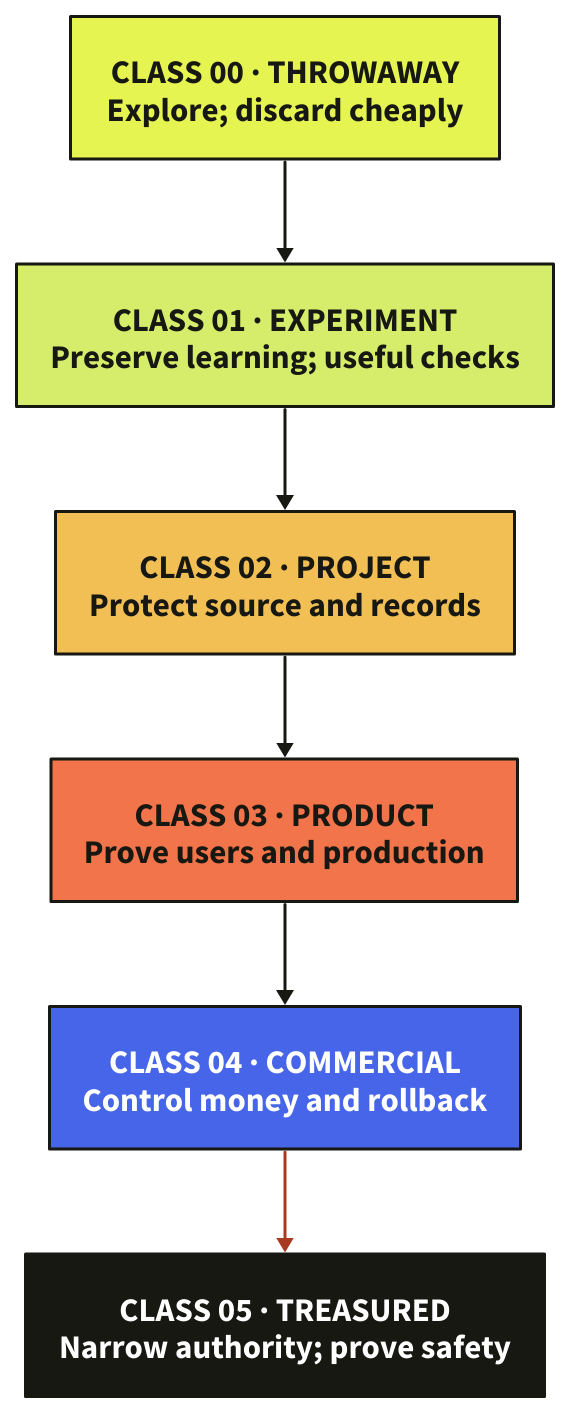
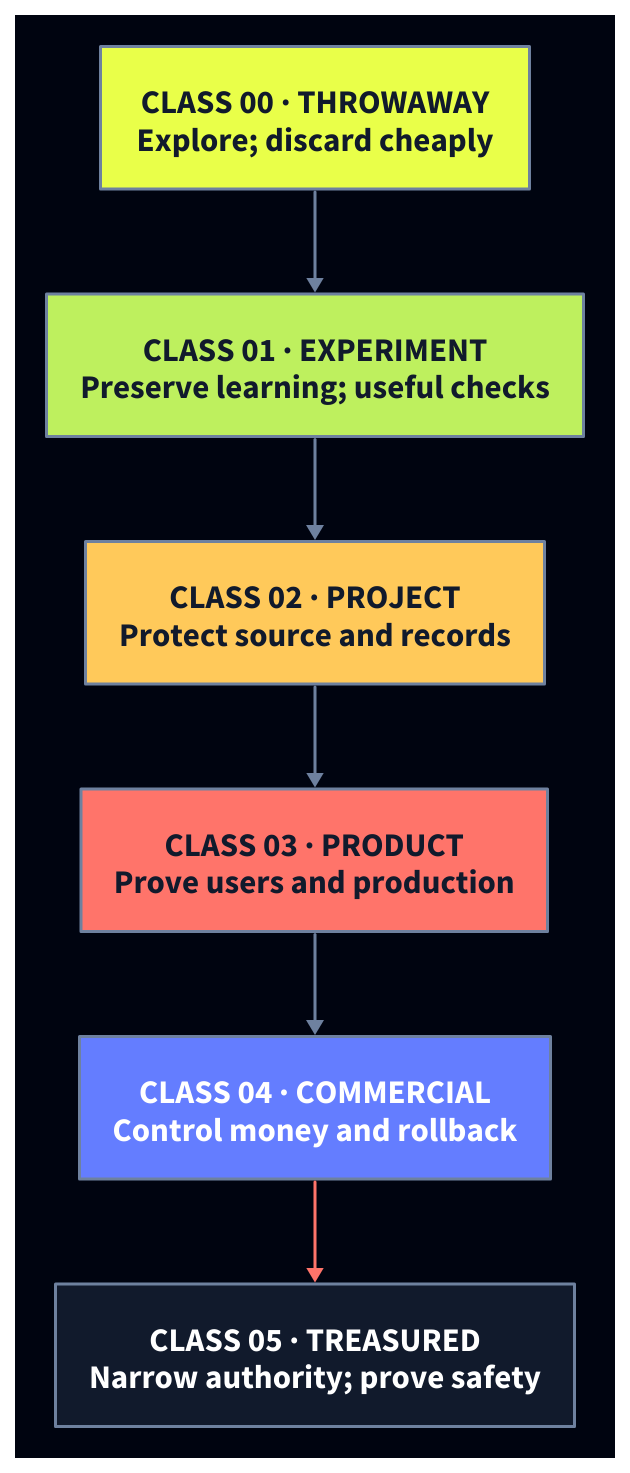
One commit to loftwah/woodhouse-new changed the diagram in public/diagrams/risk-controls-mobile.d2. Above: the diagram before and after it, drawn with D2. The commit also changed 105 other files, not shown here.

```diff
--- a/public/diagrams/risk-controls-mobile.d2
+++ b/public/diagrams/risk-controls-mobile.d2
@@ -1,15 +1,15 @@
 direction: down
-vars: {d2-config: {layout-engine: elk; theme-id: 0}}
+vars: {d2-config: {layout-engine: elk; theme-id: 201}}
 
-c00: "CLASS 00 · THROWAWAY\nExplore; discard cheaply" {style.fill: "#E6F451"; style.stroke: "#171812"; style.stroke-width: 2; style.font-color: "#171812"; style.font-size: 22; style.bold: true}
-c01: "CLASS 01 · EXPERIMENT\nPreserve learning; useful checks" {style.fill: "#D6EC6B"; style.stroke: "#171812"; style.stroke-width: 2; style.font-color: "#171812"; style.font-size: 22; style.bold: true}
-c02: "CLASS 02 · PROJECT\nProtect source and records" {style.fill: "#F1BF54"; style.stroke: "#171812"; style.stroke-width: 2; style.font-color: "#171812"; style.font-size: 22; style.bold: true}
-c03: "CLASS 03 · PRODUCT\nProve users and production" {style.fill: "#F2744A"; style.stroke: "#171812"; style.stroke-width: 2; style.font-color: "#171812"; style.font-size: 22; style.bold: true}
-c04: "CLASS 04 · COMMERCIAL\nControl money and rollback" {style.fill: "#4665E8"; style.stroke: "#171812"; style.stroke-width: 2; style.font-color: "#FFFFFF"; style.font-size: 22; style.bold: true}
-c05: "CLASS 05 · TREASURED\nNarrow authority; prove safety" {style.fill: "#171812"; style.stroke: "#171812"; style.stroke-width: 2; style.font-color: "#FFFFFF"; style.font-size: 22; style.bold: true}
+c00: "CLASS 00 · THROWAWAY\nExplore; discard cheaply" {style.fill: "#E9FF49"; style.stroke: "#6E819F"; style.stroke-width: 2; style.font-color: "#111A2C"; style.font-size: 22; style.bold: true}
+c01: "CLASS 01 · EXPERIMENT\nPreserve learning; useful checks" {style.fill: "#BEF05E"; style.stroke: "#6E819F"; style.stroke-width: 2; style.font-color: "#111A2C"; style.font-size: 22; style.bold: true}
+c02: "CLASS 02 · PROJECT\nProtect source and records" {style.fill: "#FFC95A"; style.stroke: "#6E819F"; style.stroke-width: 2; style.font-color: "#111A2C"; style.font-size: 22; style.bold: true}
+c03: "CLASS 03 · PRODUCT\nProve users and production" {style.fill: "#FF746A"; style.stroke: "#6E819F"; style.stroke-width: 2; style.font-color: "#111A2C"; style.font-size: 22; style.bold: true}
+c04: "CLASS 04 · COMMERCIAL\nControl money and rollback" {style.fill: "#647DFF"; style.stroke: "#6E819F"; style.stroke-width: 2; style.font-color: "#FFFFFF"; style.font-size: 22; style.bold: true}
+c05: "CLASS 05 · TREASURED\nNarrow authority; prove safety" {style.fill: "#111A2C"; style.stroke: "#6E819F"; style.stroke-width: 2; style.font-color: "#FFFFFF"; style.font-size: 22; style.bold: true}
 
-c00 -> c01 {style.stroke: "#171812"; style.stroke-width: 2; style.font-size: 15}
-c01 -> c02 {style.stroke: "#171812"; style.stroke-width: 2; style.font-size: 15}
-c02 -> c03 {style.stroke: "#171812"; style.stroke-width: 2; style.font-size: 15}
-c03 -> c04 {style.stroke: "#171812"; style.stroke-width: 2; style.font-size: 15}
-c04 -> c05 {style.stroke: "#A83A20"; style.stroke-width: 2; style.font-size: 15}
+c00 -> c01 {style.stroke: "#6E819F"; style.stroke-width: 2; style.font-size: 15}
+c01 -> c02 {style.stroke: "#6E819F"; style.stroke-width: 2; style.font-size: 15}
+c02 -> c03 {style.stroke: "#6E819F"; style.stroke-width: 2; style.font-size: 15}
+c03 -> c04 {style.stroke: "#6E819F"; style.stroke-width: 2; style.font-size: 15}
+c04 -> c05 {style.stroke: "#FF746A"; style.stroke-width: 2; style.font-size: 15}
```
